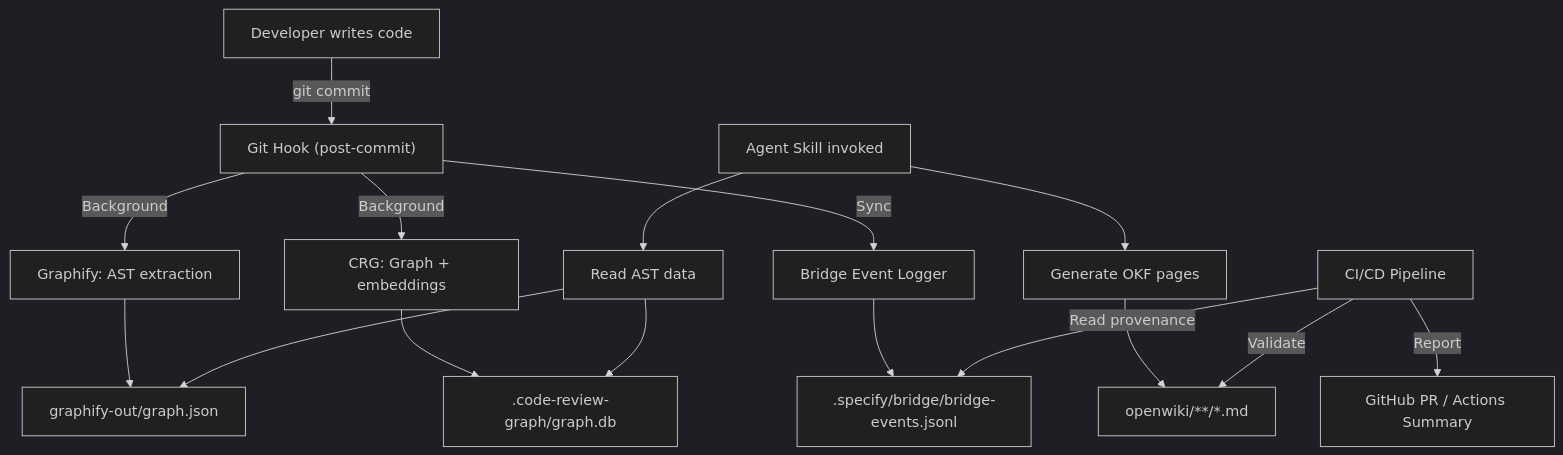
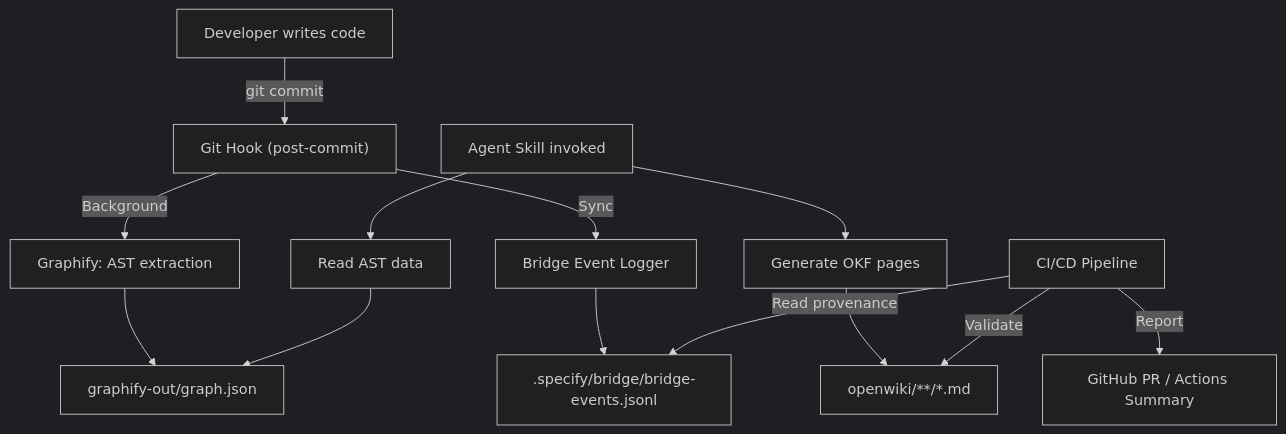
The third of 3 diagrams in openwiki/architecture/system_context.md (lgcorzo/Documentation_agent), drawn with Mermaid (dark theme) before and after one commit. The commit also changed other lines of this file and 20 other files, not shown here.

Commit message:
refactor: eliminate code-review-graph (CRG) and Ollama dependencies

````diff
--- a/openwiki/architecture/system_context.md
+++ b/openwiki/architecture/system_context.md
@@ -102,20 +90,17 @@
 ```mermaid
 flowchart TD
     A["Developer writes code"] -->|"git commit"| B["Git Hook (post-commit)"]
     B -->|"Background"| C["Graphify: AST extraction"]
-    B -->|"Background"| D["CRG: Graph + embeddings"]
     B -->|"Sync"| E["Bridge Event Logger"]
     C --> F["graphify-out/graph.json"]
-    D --> G[".code-review-graph/graph.db"]
     E --> H[".specify/bridge/bridge-events.jsonl"]
     
     I["Agent Skill invoked"] --> J["Read AST data"]
     J --> F
-    J --> G
     I --> K["Generate OKF pages"]
     K --> L["openwiki/**/*.md"]
     
     M["CI/CD Pipeline"] -->|"Validate"| L
     M -->|"Read provenance"| H
     M -->|"Report"| N["GitHub PR / Actions Summary"]
 ```
````
